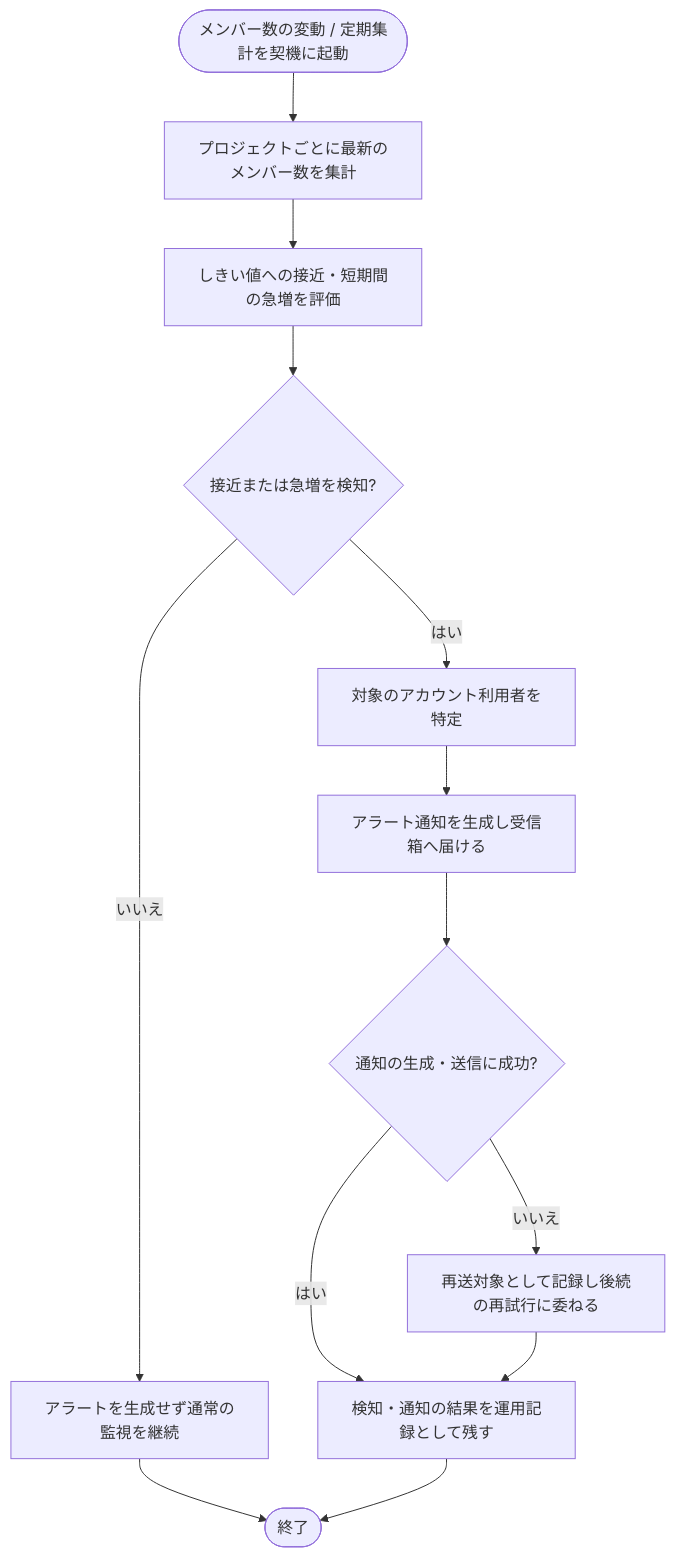
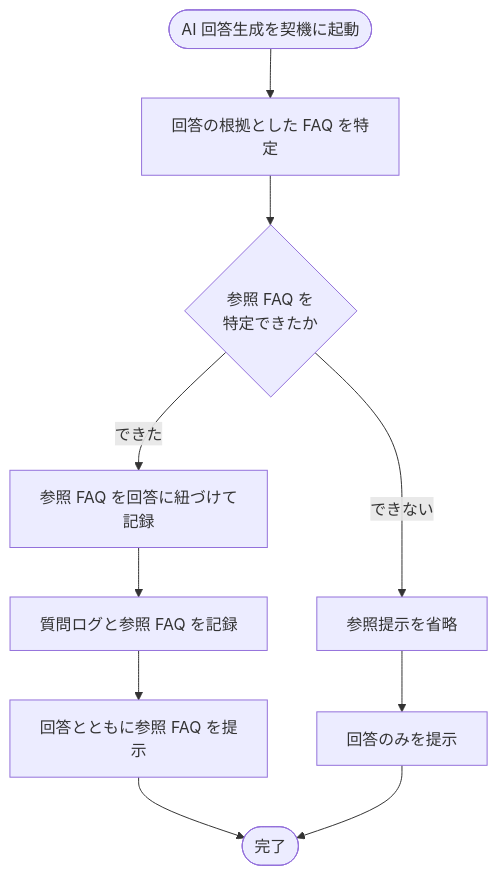
Before and after one commit to sikakou54/open-faq: the diagram in 02_basic_design/02_backend/01_system/SYS-001.md, drawn with Mermaid. The commit also changed other lines of this file and 395 other files, not shown here.

````diff
--- a/02_basic_design/02_backend/01_system/SYS-001.md
+++ b/02_basic_design/02_backend/01_system/SYS-001.md
@@ -30,15 +25,12 @@
 ```mermaid
 flowchart TB
-  start([メンバー数の変動 / 定期集計を契機に起動]) --> agg[プロジェクトごとに最新のメンバー数を集計]
-  agg --> eval[しきい値への接近・短期間の急増を評価]
-  eval --> judge{接近または急増を検知?}
-  judge -- いいえ --> watch[アラートを生成せず通常の監視を継続]
-  watch --> done([終了])
-  judge -- はい --> target[対象のアカウント利用者を特定]
-  target --> notify[アラート通知を生成し受信箱へ届ける]
-  notify --> sent{通知の生成・送信に成功?}
-  sent -- はい --> record[検知・通知の結果を運用記録として残す]
-  sent -- いいえ --> retry[再送対象として記録し後続の再試行に委ねる]
-  retry --> record
-  record --> done
+  S([AI 回答生成を契機に起動]) --> A[回答の根拠とした FAQ を特定]
+  A --> B{参照 FAQ を<br/>特定できたか}
+  B -- できた --> C[参照 FAQ を回答に紐づけて記録]
+  C --> D[質問ログと参照 FAQ を記録]
+  D --> E[回答とともに参照 FAQ を提示]
+  B -- できない --> F[参照提示を省略]
+  F --> G[回答のみを提示]
+  E --> H([完了])
+  G --> H
 ```
````
